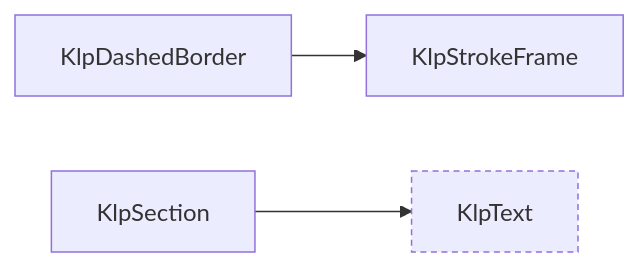
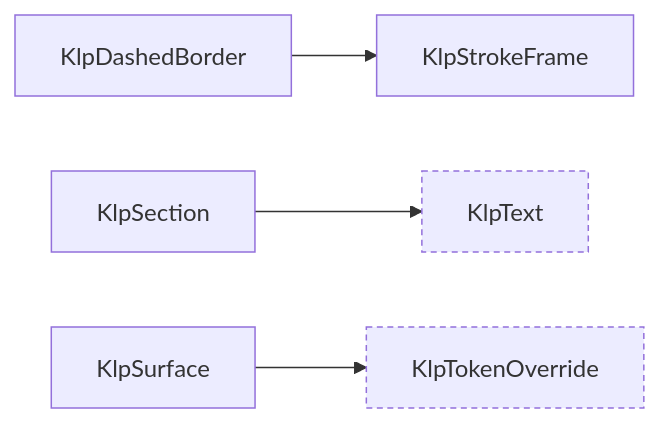
One commit to MiuDog/Kallopis changed the fifth of 17 diagrams in spec/component-inventory.md. Above: the diagram before and after it, drawn with Mermaid. The commit also changed other lines of this file and 8 other files, not shown here.

````diff
--- a/spec/component-inventory.md
+++ b/spec/component-inventory.md
@@ -273,10 +276,13 @@
 ```mermaid
 graph LR
   KlpDashedBorder["KlpDashedBorder"]
   KlpSection["KlpSection"]
   KlpStrokeFrame["KlpStrokeFrame"]
+  KlpSurface["KlpSurface"]
   KlpText["KlpText"]:::external
+  KlpTokenOverride["KlpTokenOverride"]:::external
   KlpDashedBorder --> KlpStrokeFrame
   KlpSection --> KlpText
+  KlpSurface --> KlpTokenOverride
   classDef external stroke-dasharray: 4 3;
 ```
````
